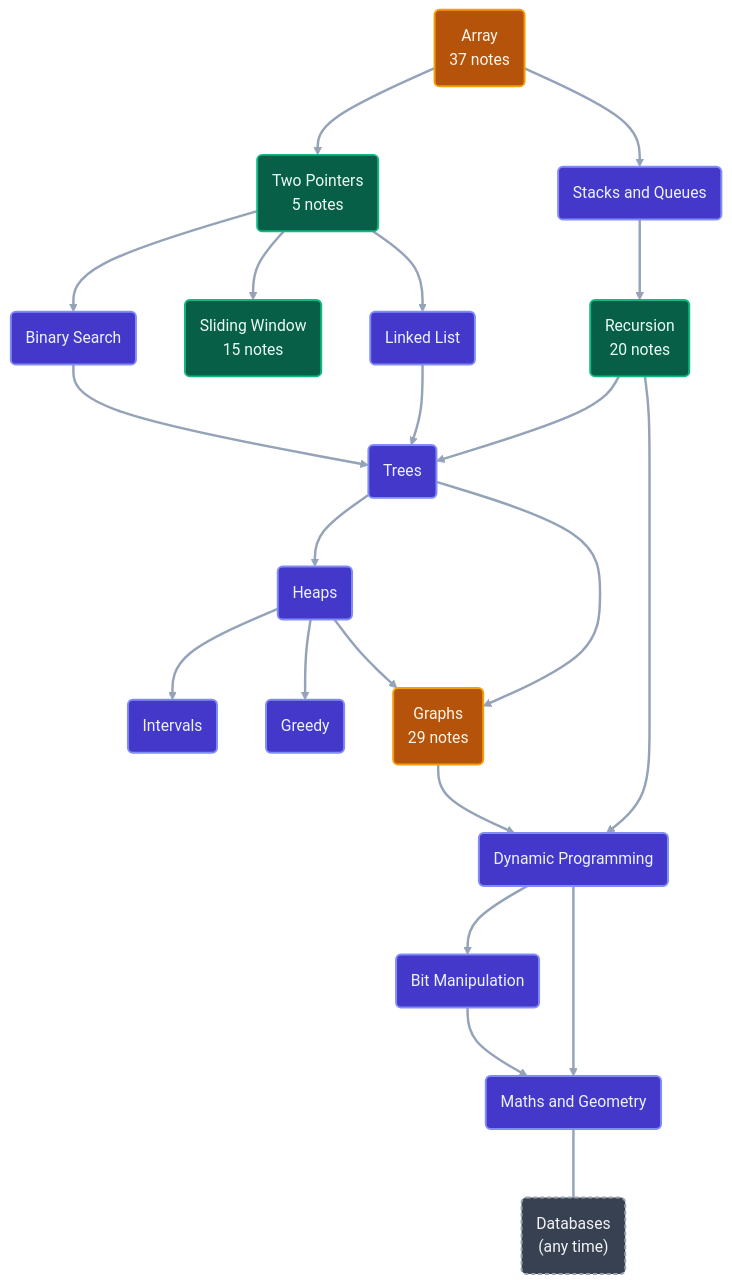
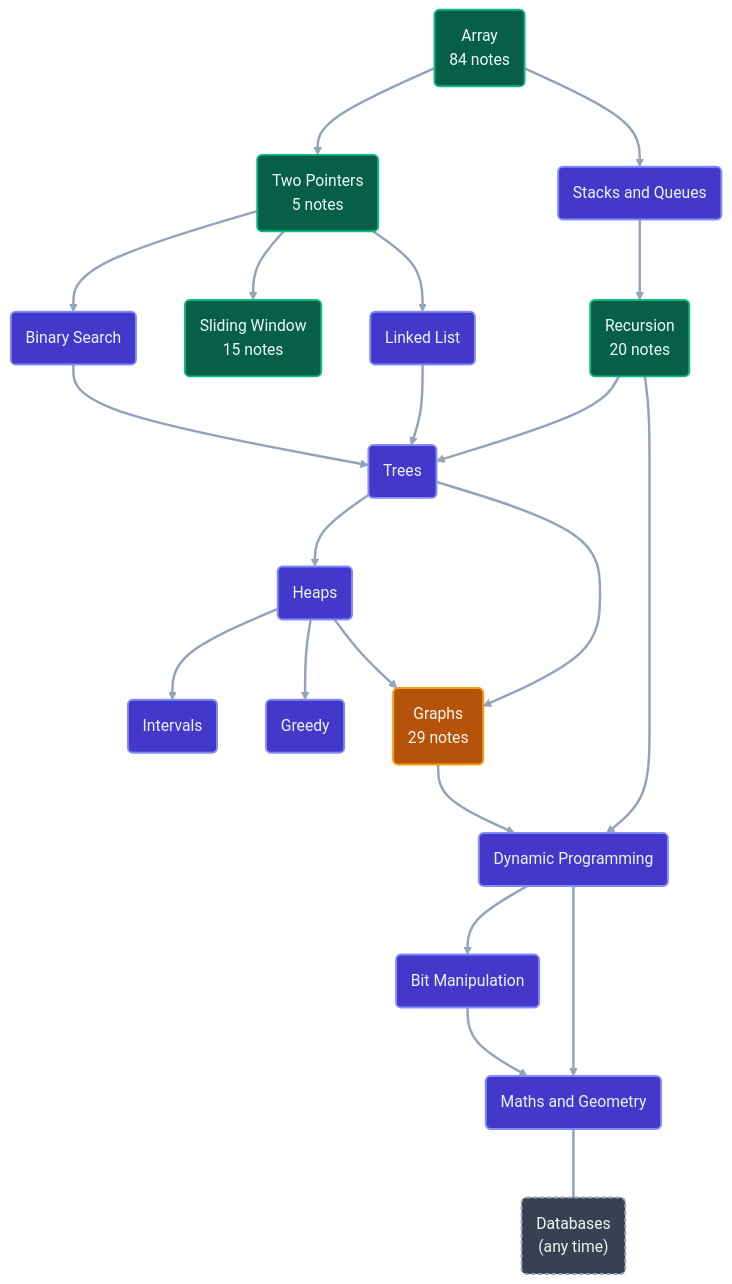
The second of 2 diagrams in README.md (ajay-nikumbh/dsa-notes), drawn with Mermaid (base theme) before and after one commit. The commit also changed other lines of this file and 85 other files, not shown here.

First line of the commit message:
Write all 84 Array notes to the note rules

````diff
--- a/README.md
+++ b/README.md
@@ -76,52 +76,52 @@
 ```mermaid
 ---
 config:
   layout: dagre
   flowchart:
     curve: basis
     nodeSpacing: 50
     rankSpacing: 70
 ---
 flowchart TD
-    ARR("Array<br/>37 notes"):::inprog
+    ARR("Array<br/>84 notes"):::done
     TP("Two Pointers<br/>5 notes"):::done
     SQ("Stacks and Queues"):::todo
     BS("Binary Search"):::todo
     SW("Sliding Window<br/>15 notes"):::done
     LL("Linked List"):::todo
     REC("Recursion<br/>20 notes"):::done
     TR("Trees"):::todo
     HP("Heaps"):::todo
     GR("Graphs<br/>29 notes"):::inprog
     DP("Dynamic Programming"):::todo
     IV("Intervals"):::todo
     GD("Greedy"):::todo
     BM("Bit Manipulation"):::todo
     MG("Maths and Geometry"):::todo
     DB("Databases<br/>(any time)"):::side
     ARR --> TP
     ARR --> SQ
     TP --> BS
     TP --> SW
     TP --> LL
     SQ --> REC
     BS --> TR
     LL --> TR
     REC --> TR
     TR --> HP
     TR --> GR
     REC --> DP
     HP --> IV
     HP --> GD
     HP --> GR
     GR --> DP
     DP --> BM
     DP --> MG
     BM --> MG
     MG ~~~ DB
     classDef done fill:#065f46,stroke:#10b981,stroke-width:2px,color:#ecfdf5
     classDef inprog fill:#b45309,stroke:#f59e0b,stroke-width:2px,color:#fff7ed
     classDef todo fill:#4338ca,stroke:#818cf8,stroke-width:2px,color:#eef2ff
     classDef side fill:#374151,stroke:#9ca3af,stroke-width:2px,stroke-dasharray:4 3,color:#f3f4f6
     linkStyle default stroke:#94a3b8,stroke-width:2.5px
 ```
````
